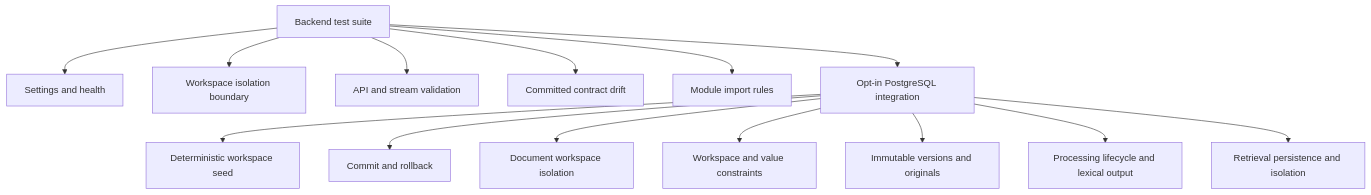
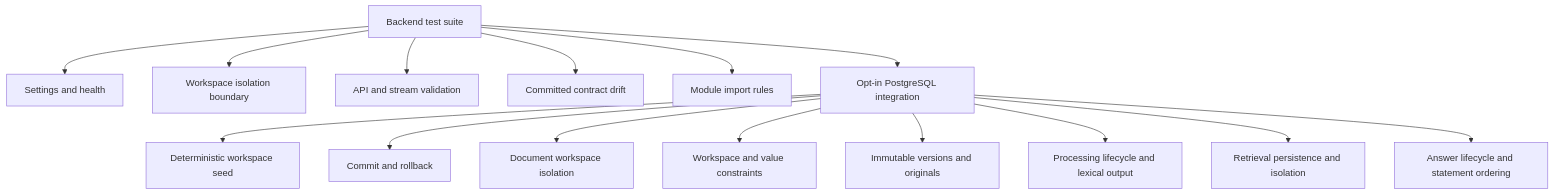
The diagram in backend/tests/README.md (rnkraus/investment-research), drawn with Mermaid before and after one commit. The commit also changed other lines of this file and 2 other files, not shown here.

Commit message:
test(research): verify PostgreSQL persistence and isolation

````diff
--- a/backend/tests/README.md
+++ b/backend/tests/README.md
@@ -15,16 +15,17 @@
 ```mermaid
 flowchart TD
     TESTS[Backend test suite] --> RUNTIME[Settings and health]
     TESTS --> IDENTITY[Workspace isolation boundary]
     TESTS --> CONTRACTS[API and stream validation]
     TESTS --> OPENAPI[Committed contract drift]
     TESTS --> ARCH[Module import rules]
     TESTS --> POSTGRES[Opt-in PostgreSQL integration]
     POSTGRES --> SEED[Deterministic workspace seed]
     POSTGRES --> TX[Commit and rollback]
     POSTGRES --> DOCS[Document workspace isolation]
     POSTGRES --> CONSTRAINTS[Workspace and value constraints]
     POSTGRES --> IMMUTABLE[Immutable versions and originals]
     POSTGRES --> PROCESSING[Processing lifecycle and lexical output]
     POSTGRES --> SEARCH[Retrieval persistence and isolation]
+    POSTGRES --> RESEARCH[Answer lifecycle and statement ordering]
 ```
````
